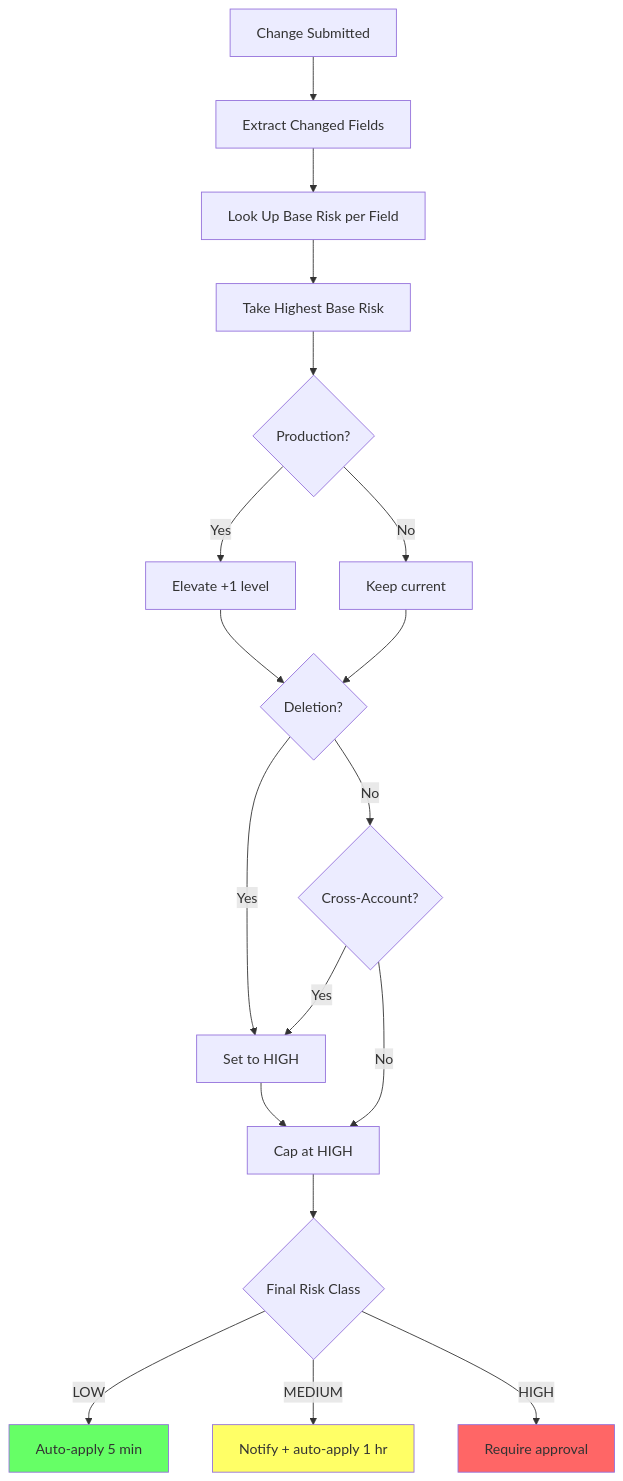
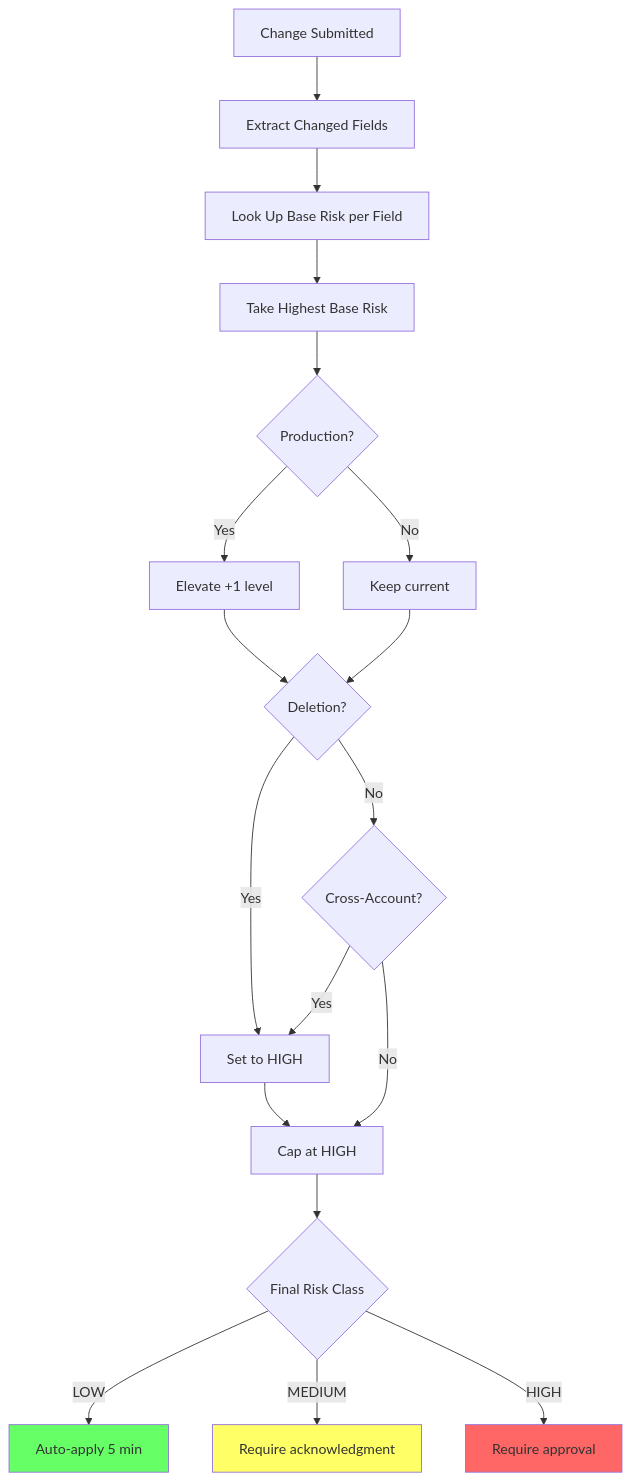
One commit to davetashner/serverless-message-wall-demo changed the diagram in docs/risk-taxonomy.md. Above: the diagram before and after it, drawn with Mermaid. The commit also changed other lines of this file and 4 other files, not shown here.

First line of the commit message:
ISSUE-20.3: Strengthen MEDIUM risk auto-approve design

````diff
--- a/docs/risk-taxonomy.md
+++ b/docs/risk-taxonomy.md
@@ -100,28 +100,28 @@
 ```mermaid
 flowchart TD
     A[Change Submitted] --> B[Extract Changed Fields]
     B --> C[Look Up Base Risk per Field]
     C --> D[Take Highest Base Risk]
 
     D --> E{Production?}
     E -->|Yes| F[Elevate +1 level]
     E -->|No| G[Keep current]
 
     F --> H{Deletion?}
     G --> H
     H -->|Yes| I[Set to HIGH]
     H -->|No| J{Cross-Account?}
 
     I --> K[Cap at HIGH]
     J -->|Yes| I
     J -->|No| K
 
     K --> L{Final Risk Class}
     L -->|LOW| M[Auto-apply 5 min]
-    L -->|MEDIUM| N[Notify + auto-apply 1 hr]
+    L -->|MEDIUM| N[Require acknowledgment]
     L -->|HIGH| O[Require approval]
 
     style M fill:#6f6
     style N fill:#ff6
     style O fill:#f66
 ```
````
